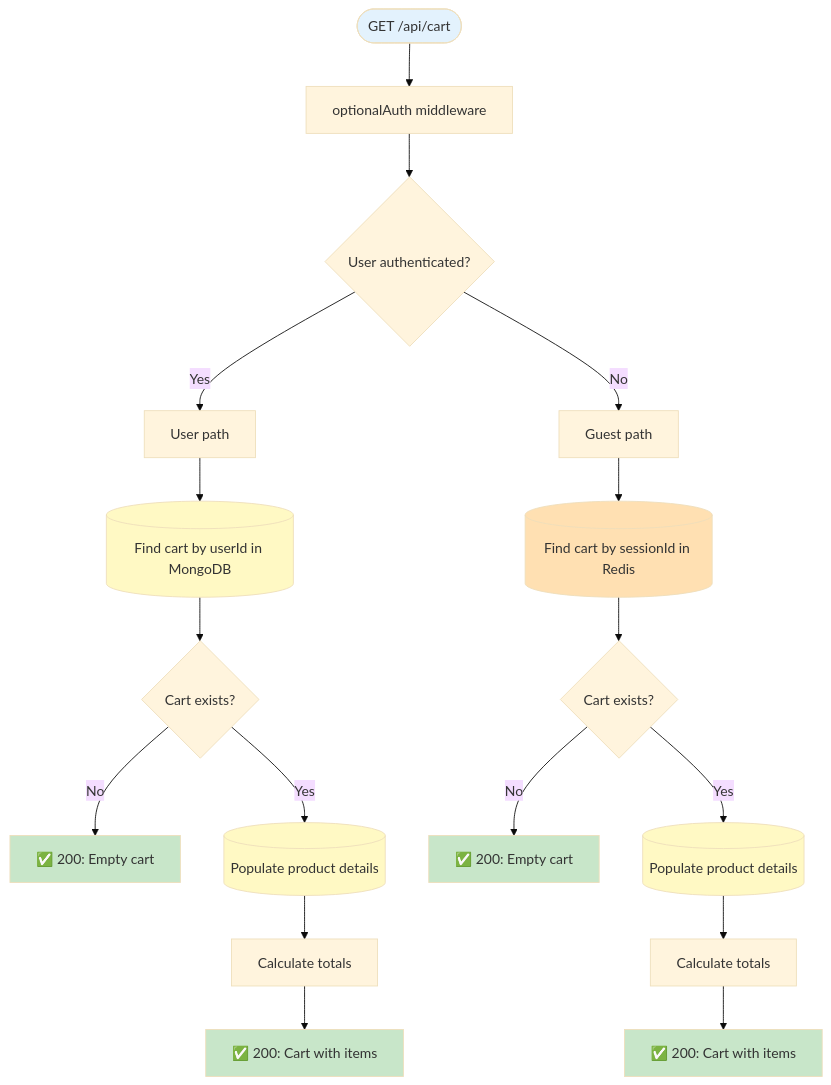
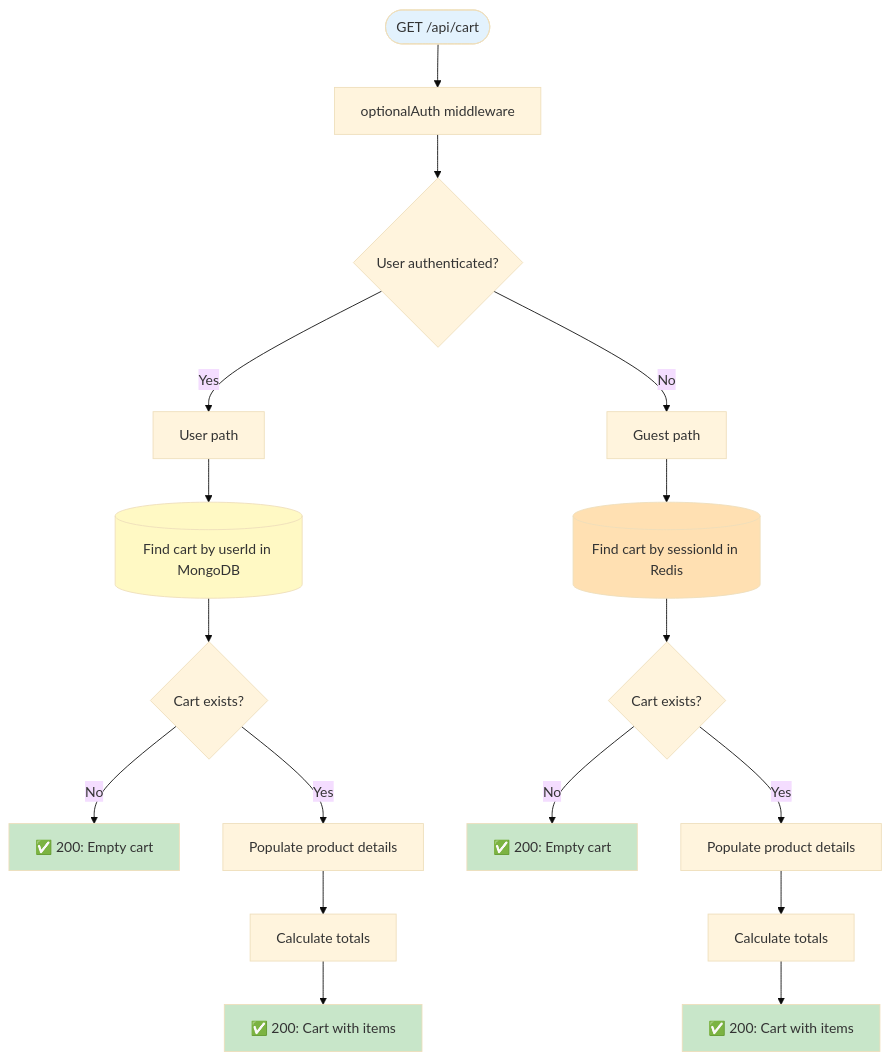
The sixth of 11 diagrams in docs/SERVER_ENDPOINTS_MAP.md (shmuelkapiloff/simple-), drawn with Mermaid (base theme) before and after one commit. The commit also changed other lines of this file and 1 other file, not shown here.

Commit message:
fix: Repair broken Mermaid diagrams - remove malformed syntax and incomplete code blocks

````diff
--- a/docs/SERVER_ENDPOINTS_MAP.md
+++ b/docs/SERVER_ENDPOINTS_MAP.md
@@ -638,32 +381,34 @@
 ```mermaid
 flowchart TD
     Request([GET /api/cart]) --> OptionalAuth[optionalAuth middleware]
     OptionalAuth --> CheckAuth{User authenticated?}
     
     CheckAuth -->|Yes| UserPath[User path]
     CheckAuth -->|No| GuestPath[Guest path]
     
     UserPath --> FindUserCart[(Find cart by userId in MongoDB)]
+    GuestPath --> FindGuestCart[(Find cart by sessionId in Redis)]
+    
     FindUserCart --> UserCartExists{Cart exists?}
+    FindGuestCart --> GuestCartExists{Cart exists?}
+    
     UserCartExists -->|No| ReturnEmptyUser["✅ 200: Empty cart"]
-    UserCartExists -->|Yes| PopulateProducts[(Populate product details)]
+    UserCartExists -->|Yes| PopulateProducts[Populate product details]
+    
+    GuestCartExists -->|No| ReturnEmptyGuest["✅ 200: Empty cart"]
+    GuestCartExists -->|Yes| PopulateProductsGuest[Populate product details]
+    
     PopulateProducts --> CalculateTotalUser[Calculate totals]
+    PopulateProductsGuest --> CalculateTotalGuest[Calculate totals]
+    
     CalculateTotalUser --> ReturnUserCart["✅ 200: Cart with items"]
-    
-    GuestPath --> FindGuestCart[(Find cart by sessionId in Redis)]
-    FindGuestCart --> GuestCartExists{Cart exists?}
-    GuestCartExists -->|No| ReturnEmptyGuest["✅ 200: Empty cart"]
-    GuestCartExists -->|Yes| PopulateProductsGuest[(Populate product details)]
-    PopulateProductsGuest --> CalculateTotalGuest[Calculate totals]
     CalculateTotalGuest --> ReturnGuestCart["✅ 200: Cart with items"]
     
     style Request fill:#e3f2fd
     style ReturnUserCart fill:#c8e6c9
     style ReturnGuestCart fill:#c8e6c9
     style ReturnEmptyUser fill:#c8e6c9
     style ReturnEmptyGuest fill:#c8e6c9
     style FindUserCart fill:#fff9c4
     style FindGuestCart fill:#ffe0b2
-    style PopulateProducts fill:#fff9c4
-    style PopulateProductsGuest fill:#fff9c4
 ```
````
